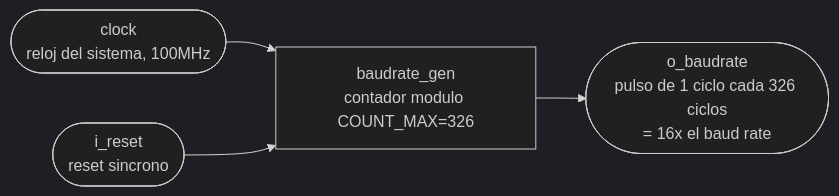
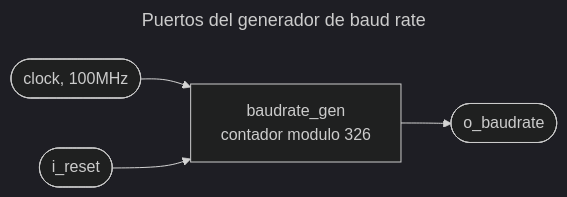
The fourth of 8 diagrams in TP2/README.md (nicopinera/tps-arqui), drawn with Mermaid (dark theme) before and after one commit. The commit also changed other lines of this file and 1 other file, not shown here.

````diff
--- a/TP2/README.md
+++ b/TP2/README.md
@@ -212,7 +215,10 @@
 ```mermaid
+---
+title: Puertos del generador de baud rate
+---
 flowchart LR
-    CLK([clock<br/>reloj del sistema, 100MHz]) --> BAUD
-    RST([i_reset<br/>reset sincrono]) --> BAUD
-    BAUD["baudrate_gen<br/>contador modulo COUNT_MAX=326"]
-    BAUD --> TICK([o_baudrate<br/>pulso de 1 ciclo cada 326 ciclos<br/>= 16x el baud rate])
+    CLK([clock, 100MHz]) --> BAUD
+    RST([i_reset]) --> BAUD
+    BAUD["baudrate_gen<br/>contador modulo 326"]
+    BAUD --> TICK([o_baudrate])
 ```
````
